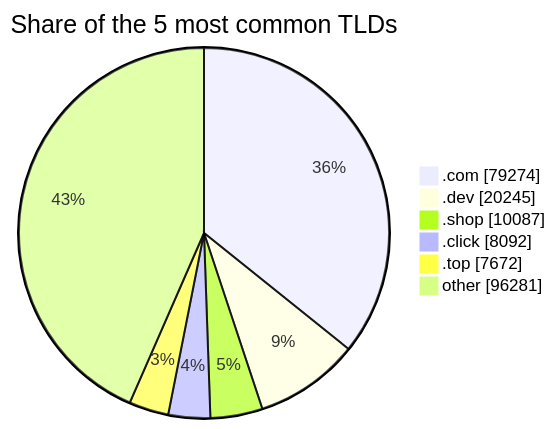
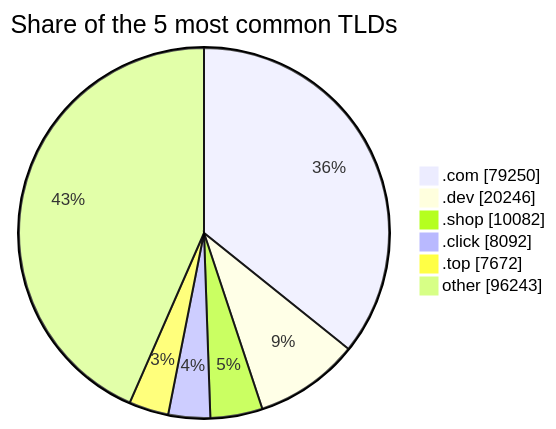
The third of 3 diagrams in README.md (DNSBunker/CTI), drawn with Mermaid before and after one commit. The commit also changed other lines of this file and 3 other files, not shown here.

````diff
--- a/README.md
+++ b/README.md
@@ -81,9 +81,9 @@
 ```mermaid
 pie showData title Share of the 5 most common TLDs
-    ".com" : 79274
-    ".dev" : 20245
-    ".shop" : 10087
+    ".com" : 79250
+    ".dev" : 20246
+    ".shop" : 10082
     ".click" : 8092
     ".top" : 7672
-    "other" : 96281
+    "other" : 96243
 ```
````
